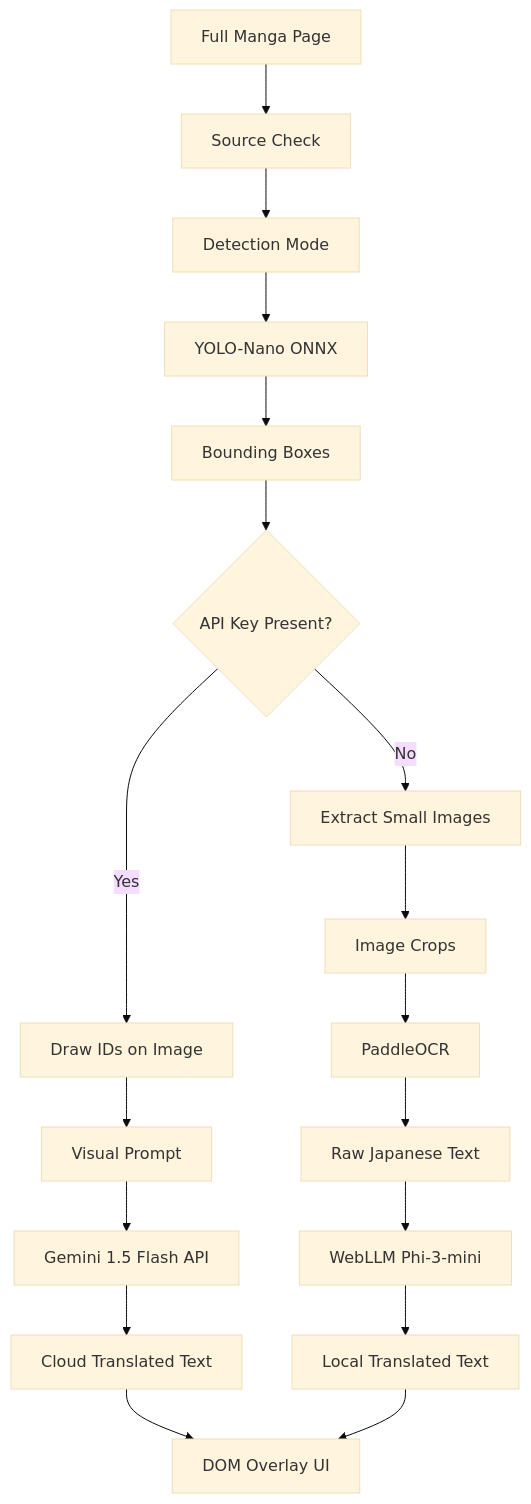
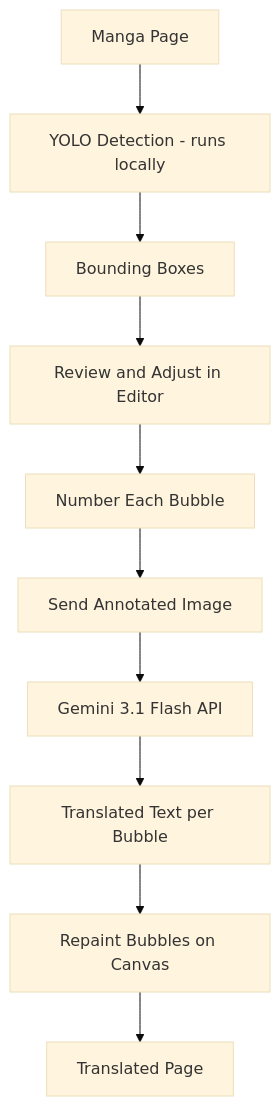
Before and after one commit to kiuyha/ComicTL: the diagram in README.md, drawn with Mermaid (base theme). The commit also changed other lines of this file, not shown here.

````diff
--- a/README.md
+++ b/README.md
@@ -9,23 +11,12 @@
 ```mermaid
 graph TD
-    Img[Full Manga Page] --> Manual[Source Check]
-    Manual --> Auto[Detection Mode]
-    Auto --> Yolo[YOLO-Nano ONNX]
-    Yolo --> Boxes[Bounding Boxes]
-    Boxes --> KeyCheck{API Key Present?}
-    
-    KeyCheck -- Yes --> Annotator[Draw IDs on Image]
-    Annotator --> VisualPrompt[Visual Prompt]
-    VisualPrompt --> Gem[Gemini 1.5 Flash API]
-    Gem --> ResultGem[Cloud Translated Text]
-    
-    KeyCheck -- No --> Cropper[Extract Small Images]
-    Cropper --> Crops[Image Crops]
-    Crops --> OCR[PaddleOCR]
-    OCR --> RawText[Raw Japanese Text]
-    RawText --> LocalTrans[WebLLM Phi-3-mini]
-    LocalTrans --> ResultLocal[Local Translated Text]
-    
-    ResultGem --> UI[DOM Overlay UI]
-    ResultLocal --> UI
+    Img[Manga Page] --> Detect[YOLO Detection - runs locally]
+    Detect --> Boxes[Bounding Boxes]
+    Boxes --> Refine[Review and Adjust in Editor]
+    Refine --> Annotate[Number Each Bubble]
+    Annotate --> Prompt[Send Annotated Image]
+    Prompt --> Gemini[Gemini 3.1 Flash API]
+    Gemini --> Text[Translated Text per Bubble]
+    Text --> Paint[Repaint Bubbles on Canvas]
+    Paint --> Result[Translated Page]
 ```
````
